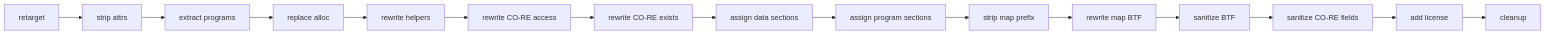
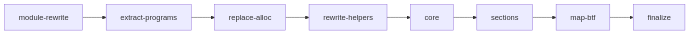
The second of 2 diagrams in docs/ARCHITECTURE.md (kyleseneker/tinybpf), drawn with Mermaid before and after one commit. The commit also changed other lines of this file and 3 other files, not shown here.

````diff
--- a/docs/ARCHITECTURE.md
+++ b/docs/ARCHITECTURE.md
@@ -130,17 +130,10 @@
 ```mermaid
 graph LR
-    A["retarget"] --> B["strip attrs"]
-    B --> C["extract programs"]
-    C --> D["replace alloc"]
-    D --> E["rewrite helpers"]
-    E --> E2["rewrite CO-RE access"]
-    E2 --> E3["rewrite CO-RE exists"]
-    E3 --> F["assign data sections"]
-    F --> G["assign program sections"]
-    G --> H["strip map prefix"]
-    H --> I["rewrite map BTF"]
-    I --> J["sanitize BTF"]
-    J --> J2["sanitize CO-RE fields"]
-    J2 --> K["add license"]
-    K --> L["cleanup"]
+    A["module-rewrite"] --> B["extract-programs"]
+    B --> C["replace-alloc"]
+    C --> D["rewrite-helpers"]
+    D --> E["core"]
+    E --> F["sections"]
+    F --> G["map-btf"]
+    G --> H["finalize"]
 ```
````
